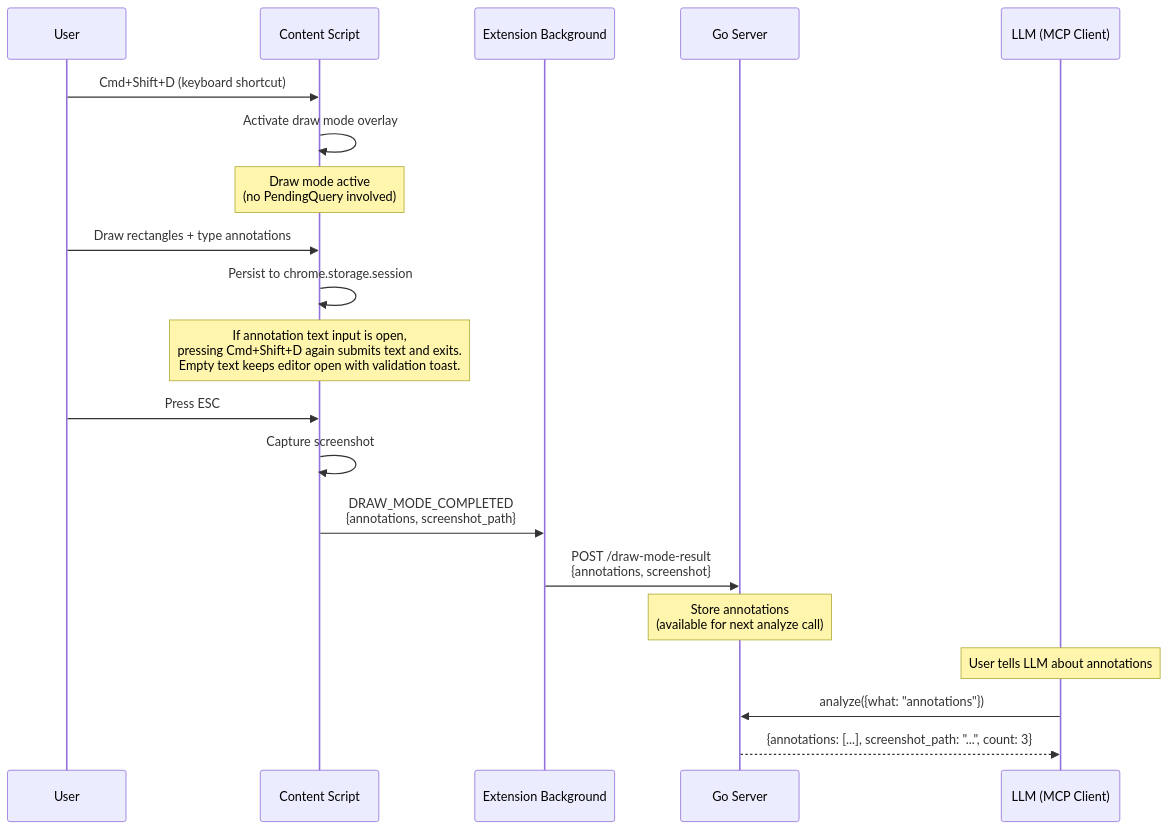
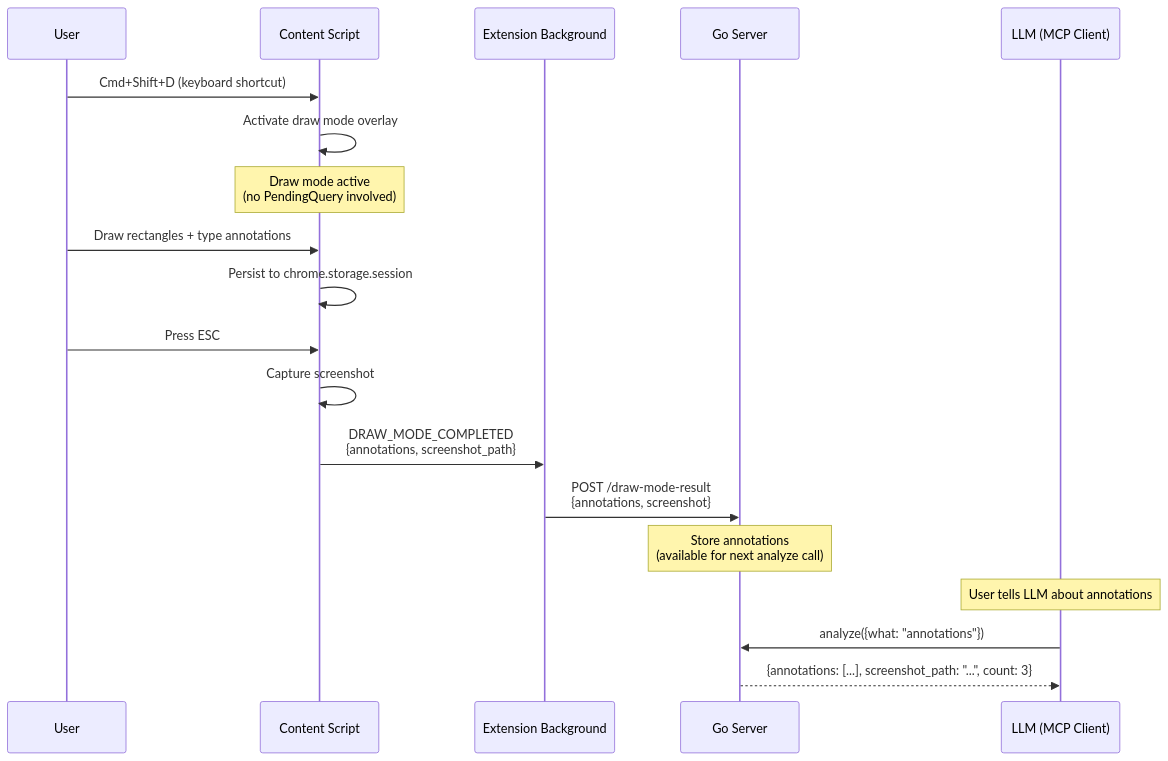
The second of 3 diagrams in docs/features/draw-mode/tech-spec.md (brennhill/gasoline-mcp-ai-devtools), drawn with Mermaid before and after one commit. The commit also changed other lines of this file and 3387 other files, not shown here.

````diff
--- a/docs/features/draw-mode/tech-spec.md
+++ b/docs/features/draw-mode/tech-spec.md
@@ -106,28 +104,26 @@
 ```mermaid
 sequenceDiagram
     participant User as User
     participant CS as Content Script
     participant BG as Extension Background
     participant Server as Go Server
     participant LLM as LLM (MCP Client)
 
     User->>CS: Cmd+Shift+D (keyboard shortcut)
     CS->>CS: Activate draw mode overlay
     Note over CS: Draw mode active<br/>(no PendingQuery involved)
 
     User->>CS: Draw rectangles + type annotations
     CS->>CS: Persist to chrome.storage.session
 
-    Note over CS: If annotation text input is open,<br/>pressing Cmd+Shift+D again submits text and exits.<br/>Empty text keeps editor open with validation toast.
-
     User->>CS: Press ESC
     CS->>CS: Capture screenshot
     CS->>BG: DRAW_MODE_COMPLETED<br/>{annotations, screenshot_path}
     BG->>Server: POST /draw-mode-result<br/>{annotations, screenshot}
     Note over Server: Store annotations<br/>(available for next analyze call)
 
     Note over LLM: User tells LLM about annotations
 
     LLM->>Server: analyze({what: "annotations"})
     Server-->>LLM: {annotations: [...], screenshot_path: "...", count: 3}
 ```
````
